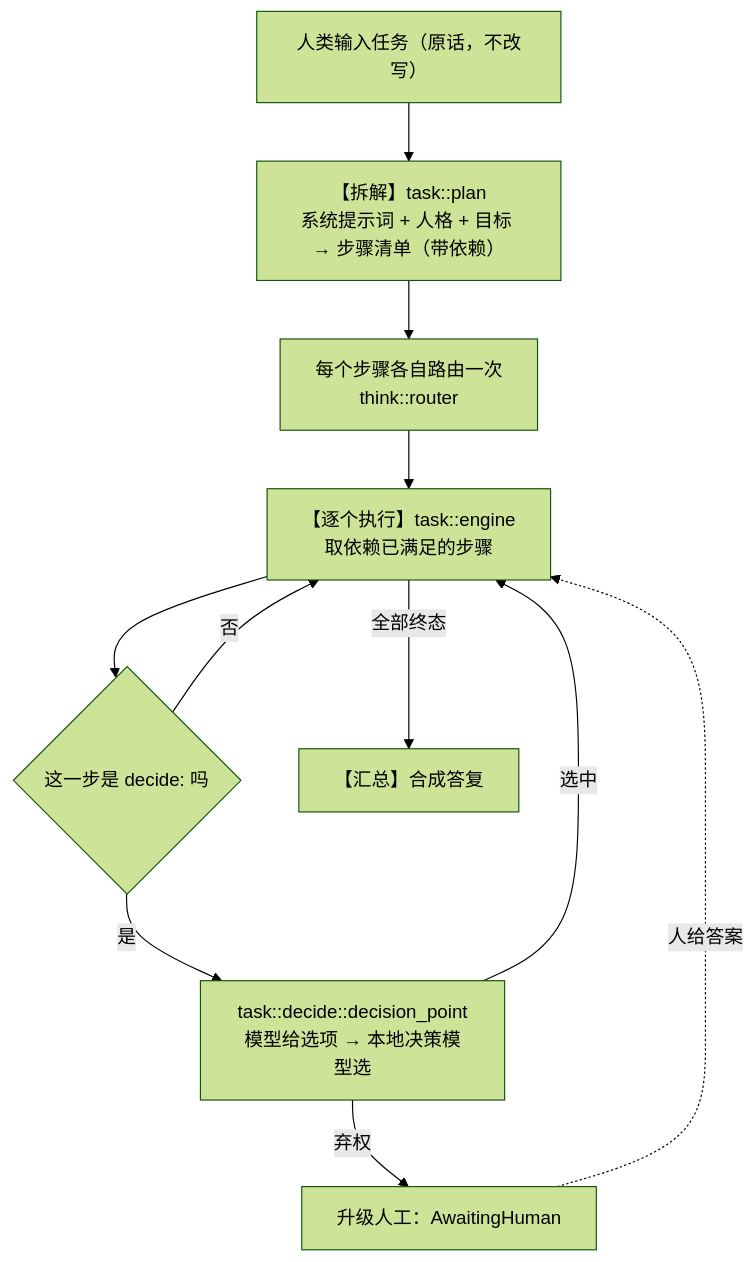
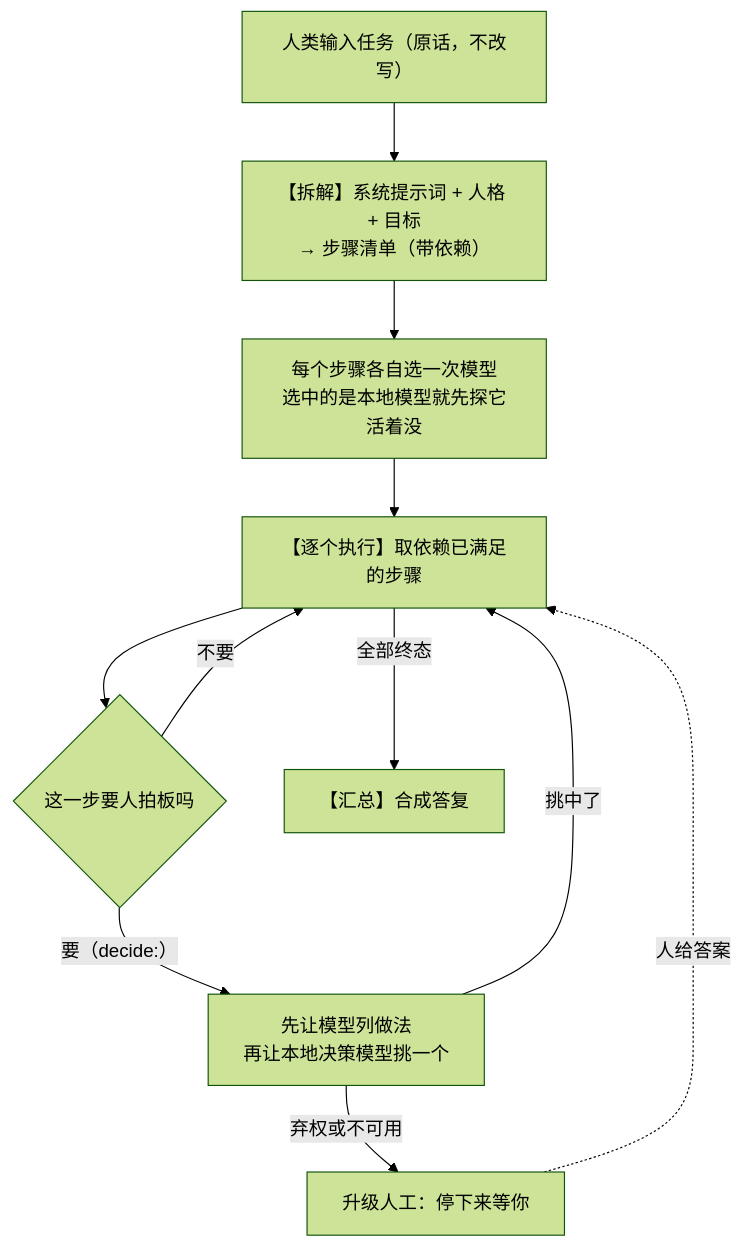
The sixth of 8 diagrams in docs/readme/01-架构与技术栈.md (sjxbbdb/YunXi-Bot), drawn with Mermaid (forest theme) before and after one commit. The commit also changed other lines of this file and 22 other files, not shown here.

````diff
--- a/docs/readme/01-架构与技术栈.md
+++ b/docs/readme/01-架构与技术栈.md
@@ -540,13 +534,13 @@
 ```mermaid
 flowchart TD
-    G["人类输入任务（原话，不改写）"] --> P["【拆解】task::plan<br/>系统提示词 + 人格 + 目标 → 步骤清单（带依赖）"]
-    P --> R["每个步骤各自路由一次<br/>think::router"]
-    R --> E["【逐个执行】task::engine<br/>取依赖已满足的步骤"]
-    E --> D{"这一步是 decide: 吗"}
-    D -->|是| DP["task::decide::decision_point<br/>模型给选项 → 本地决策模型选"]
-    DP -->|弃权| H["升级人工：AwaitingHuman"]
-    DP -->|选中| E
-    D -->|否| E
-    E -->|全部终态| F["【汇总】合成答复"]
+    G["人类输入任务（原话，不改写）"] --> P["【拆解】系统提示词 + 人格 + 目标<br/>→ 步骤清单（带依赖）"]
+    P --> R["每个步骤各自选一次模型<br/>选中的是本地模型就先探它活着没"]
+    R --> E["【逐个执行】取依赖已满足的步骤"]
+    E --> D{"这一步要人拍板吗"}
+    D -->|"要（decide:）"| DP["先让模型列做法<br/>再让本地决策模型挑一个"]
+    DP -->|"弃权或不可用"| H["升级人工：停下来等你"]
+    DP -->|"挑中了"| E
+    D -->|"不要"| E
+    E -->|"全部终态"| F["【汇总】合成答复"]
     H -.->|"人给答案"| E
 ```
````
